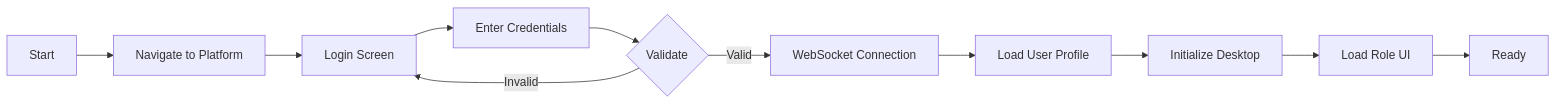
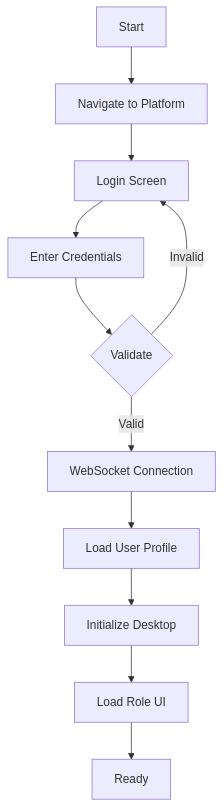
Before and after one commit to RoundRobinHood/cogniflight-cloud: the first of 10 diagrams in docs/SEN3781_Assignment4_Information_Architecture_Report.md, drawn with Mermaid. The commit also changed other lines of this file, not shown here.

Commit message:
improved diagram readability

````diff
--- a/docs/SEN3781_Assignment4_Information_Architecture_Report.md
+++ b/docs/SEN3781_Assignment4_Information_Architecture_Report.md
@@ -134,8 +134,9 @@
 ```mermaid
-flowchart LR
+flowchart TD
     A[Start] --> B[Navigate to Platform] --> C[Login Screen]
     C --> D[Enter Credentials] --> E{Validate}
-    E -->|Valid| F[WebSocket Connection] --> G[Load User Profile]
-    G --> H[Initialize Desktop] --> I[Load Role UI] --> J[Ready]
     E -->|Invalid| C
+    E -->|Valid| F[WebSocket Connection]
+    F --> G[Load User Profile] --> H[Initialize Desktop]
+    H --> I[Load Role UI] --> J[Ready]
 ```
````
